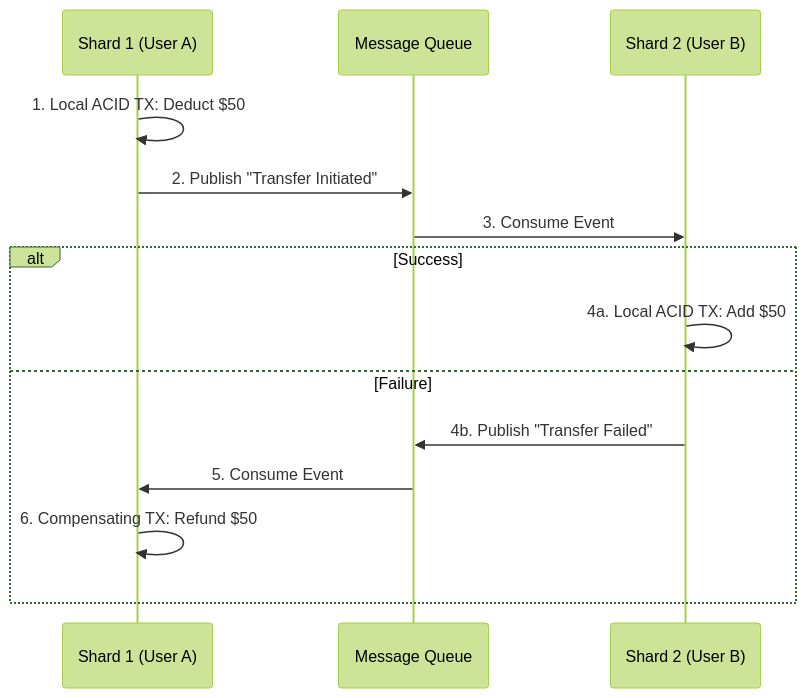
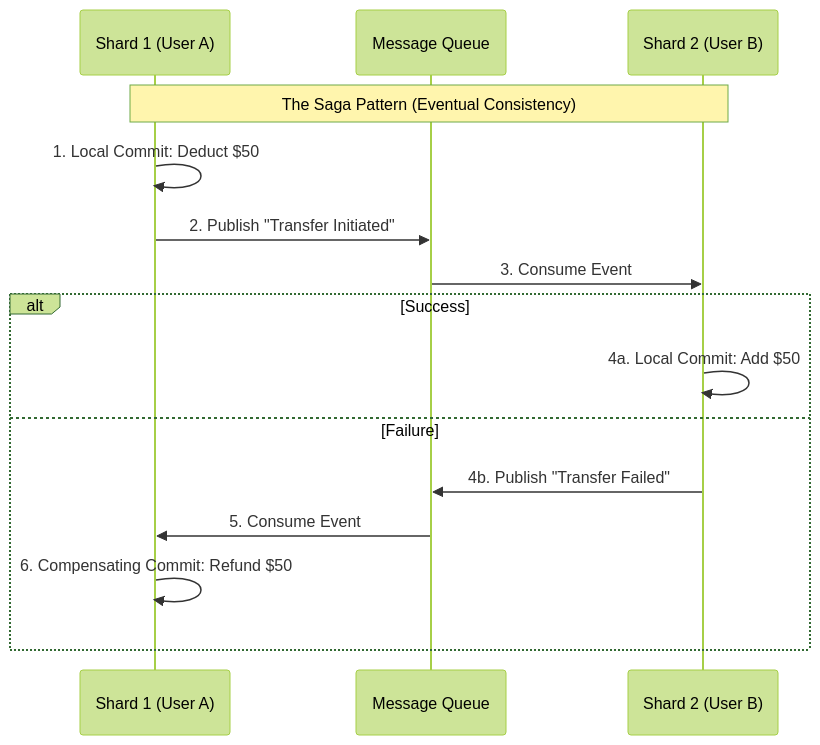
One commit to abhinnaagrawal/system-design-notes changed diagram 21 of 25 in Building_Blocks.md. Above: the diagram before and after it, drawn with Mermaid (forest theme). The commit also changed other lines of this file and 1 other file, not shown here.

Commit message:
feat: replace Excalidraw image with native Mermaid diagrams for Sharding

````diff
--- a/Building_Blocks.md
+++ b/Building_Blocks.md
@@ -1469,17 +1517,18 @@
 ```mermaid
 sequenceDiagram
     participant S1 as Shard 1 (User A)
     participant Q as Message Queue
     participant S2 as Shard 2 (User B)
     
-    S1->>S1: 1. Local ACID TX: Deduct $50
+    Note over S1,S2: The Saga Pattern (Eventual Consistency)
+    S1->>S1: 1. Local Commit: Deduct $50
     S1->>Q: 2. Publish "Transfer Initiated"
     Q->>S2: 3. Consume Event
     alt Success
-        S2->>S2: 4a. Local ACID TX: Add $50
+        S2->>S2: 4a. Local Commit: Add $50
     else Failure
         S2->>Q: 4b. Publish "Transfer Failed"
         Q->>S1: 5. Consume Event
-        S1->>S1: 6. Compensating TX: Refund $50
+        S1->>S1: 6. Compensating Commit: Refund $50
     end
 ```
````
